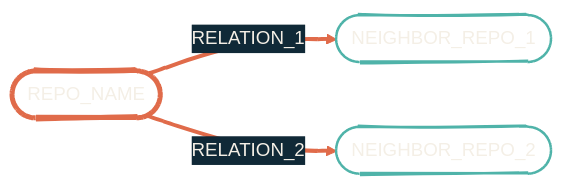
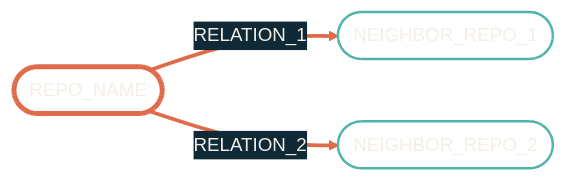
Before and after one commit to dryvist/docs: the diagram in .claude/skills/mintlify-docs-update/template-repo-page.mdx, drawn with Mermaid. The commit also changed 35 other files, not shown here.

````diff
--- a/.claude/skills/mintlify-docs-update/template-repo-page.mdx
+++ b/.claude/skills/mintlify-docs-update/template-repo-page.mdx
@@ -26,12 +26,12 @@
 ```mermaid
-%%{init: {'theme':'base','look':'handDrawn','themeVariables':{'primaryColor':'#4FB3A9','primaryTextColor':'#F4EFE6','primaryBorderColor':'#2F7E78','lineColor':'#E06B4A','secondaryColor':'#102937','tertiaryColor':'#0B1D2A','clusterBkg':'transparent','clusterBorder':'#4FB3A9','fontFamily':'Geist','fontSize':'15px'}}}%%
+%%{init: {'theme':'base','themeVariables':{'primaryColor':'#4FB3A9','primaryTextColor':'#F4EFE6','primaryBorderColor':'#2F7E78','lineColor':'#E06B4A','secondaryColor':'#102937','tertiaryColor':'#0B1D2A','clusterBkg':'transparent','clusterBorder':'#4FB3A9','fontFamily':'Geist','fontSize':'15px'}}}%%
 flowchart LR
   Repo(["REPO_NAME"]) -->|RELATION_1| Neighbor1(["NEIGHBOR_REPO_1"])
   Repo -->|RELATION_2| Neighbor2(["NEIGHBOR_REPO_2"])
 
   style Repo fill:transparent,stroke:#E06B4A,stroke-width:4px,color:#F4EFE6
   style Neighbor1 fill:transparent,stroke:#4FB3A9,stroke-width:2px,color:#F4EFE6
   style Neighbor2 fill:transparent,stroke:#4FB3A9,stroke-width:2px,color:#F4EFE6
 
   linkStyle default stroke:#E06B4A,stroke-width:3px
 ```
````
